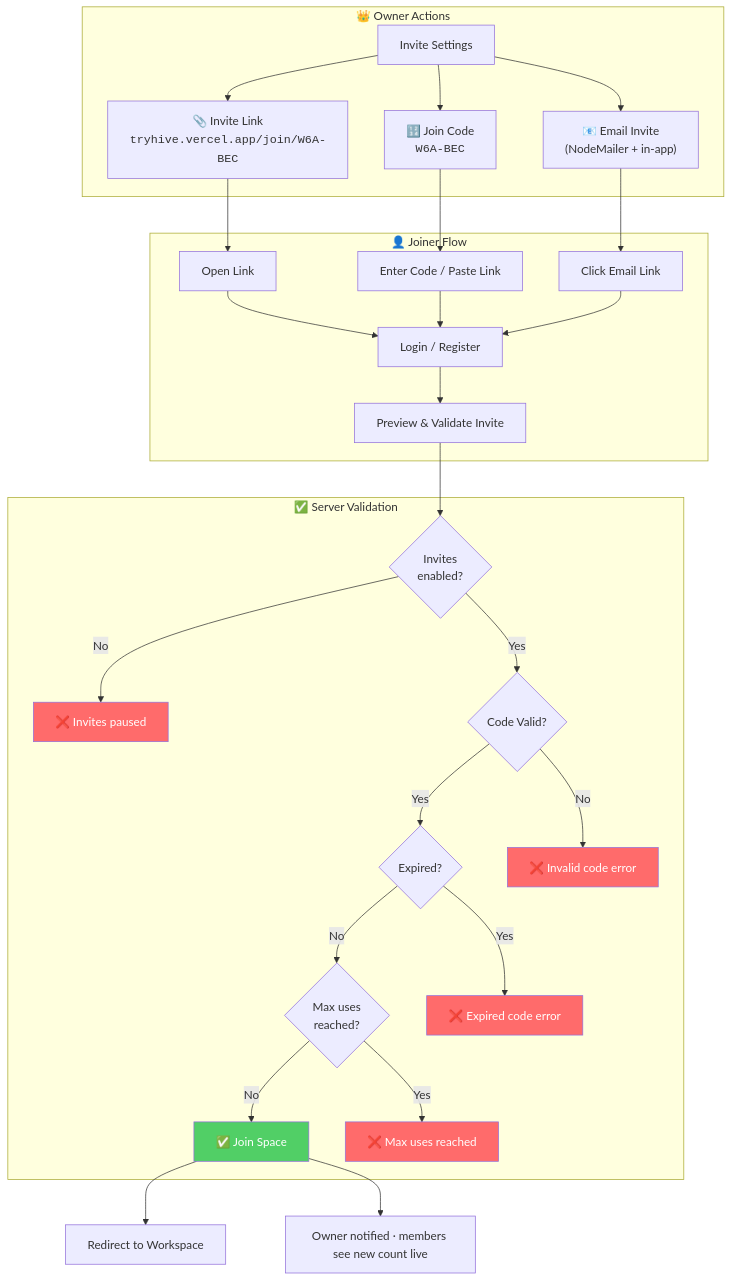
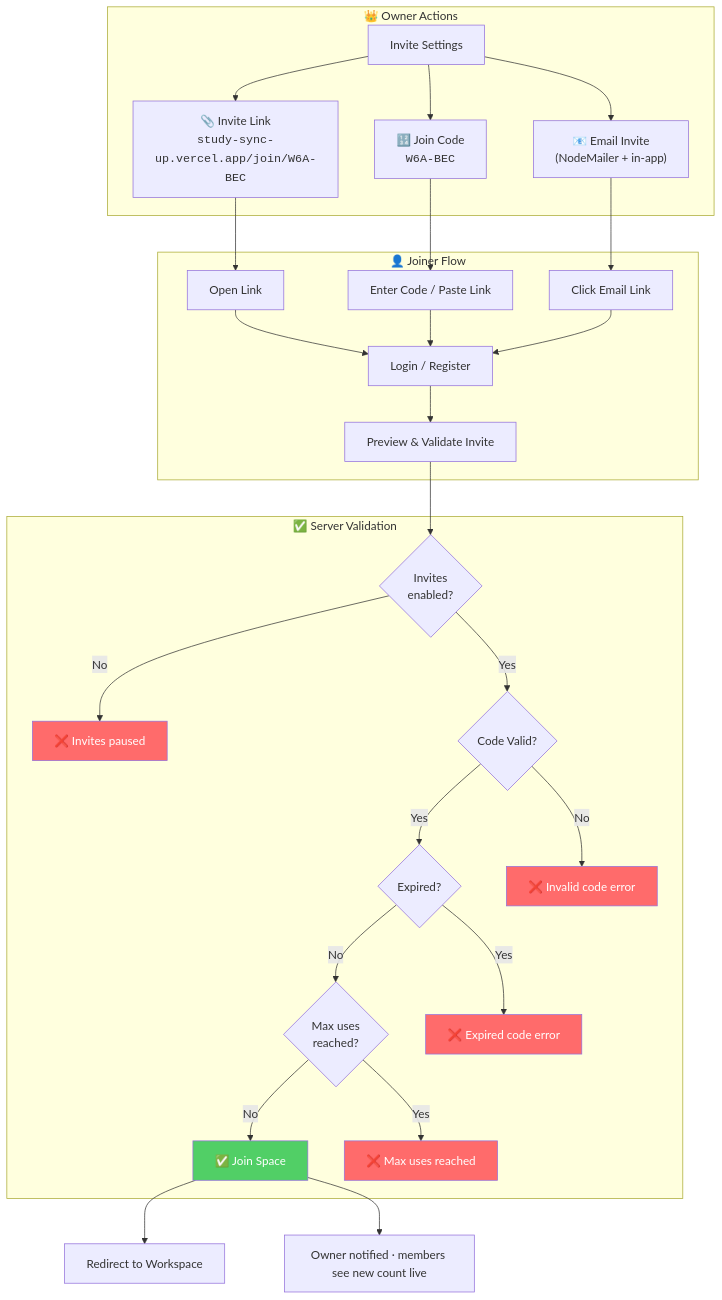
One commit to Priyansh9506/Hive changed diagram 12 of 19 in README.md. Above: the diagram before and after it, drawn with Mermaid. The commit also changed other lines of this file and 17 other files, not shown here.

First line of the commit message:
chore: revert display name to StudySync (keep Hive logo) for the assignment

````diff
--- a/README.md
+++ b/README.md
@@ -1011,42 +1015,42 @@
 ```mermaid
 flowchart TD
     subgraph Owner_Actions["👑 Owner Actions"]
         G["Invite Settings"]
-        G --> IL["📎 Invite Link<br/><code>tryhive.vercel.app/join/W6A-BEC</code>"]
+        G --> IL["📎 Invite Link<br/><code>study-sync-up.vercel.app/join/W6A-BEC</code>"]
         G --> IC["🔢 Join Code<br/><code>W6A-BEC</code>"]
         G --> EM["📧 Email Invite<br/>(NodeMailer + in-app)"]
     end
 
     subgraph Joiner_Flow["👤 Joiner Flow"]
         IL --> OA["Open Link"]
         IC --> EC["Enter Code / Paste Link"]
         EM --> CL["Click Email Link"]
 
         OA --> LI["Login / Register"]
         EC --> LI
         CL --> LI
 
         LI --> VL["Preview & Validate Invite"]
     end
 
     subgraph Validation["✅ Server Validation"]
         VL --> EN{"Invites<br/>enabled?"}
         EN -->|No| ERR0["❌ Invites paused"]
         EN -->|Yes| CK{"Code Valid?"}
         CK -->|Yes| EX{"Expired?"}
         CK -->|No| ERR["❌ Invalid code error"]
         EX -->|No| MC{"Max uses<br/>reached?"}
         EX -->|Yes| ERR2["❌ Expired code error"]
         MC -->|No| JOIN["✅ Join Space"]
         MC -->|Yes| ERR3["❌ Max uses reached"]
     end
 
     JOIN --> WS["Redirect to Workspace"]
     JOIN --> LIVE["Owner notified · members see new count live"]
 
     style JOIN fill:#51cf66,color:#fff
     style ERR0 fill:#ff6b6b,color:#fff
     style ERR fill:#ff6b6b,color:#fff
     style ERR2 fill:#ff6b6b,color:#fff
     style ERR3 fill:#ff6b6b,color:#fff
 ```
````
